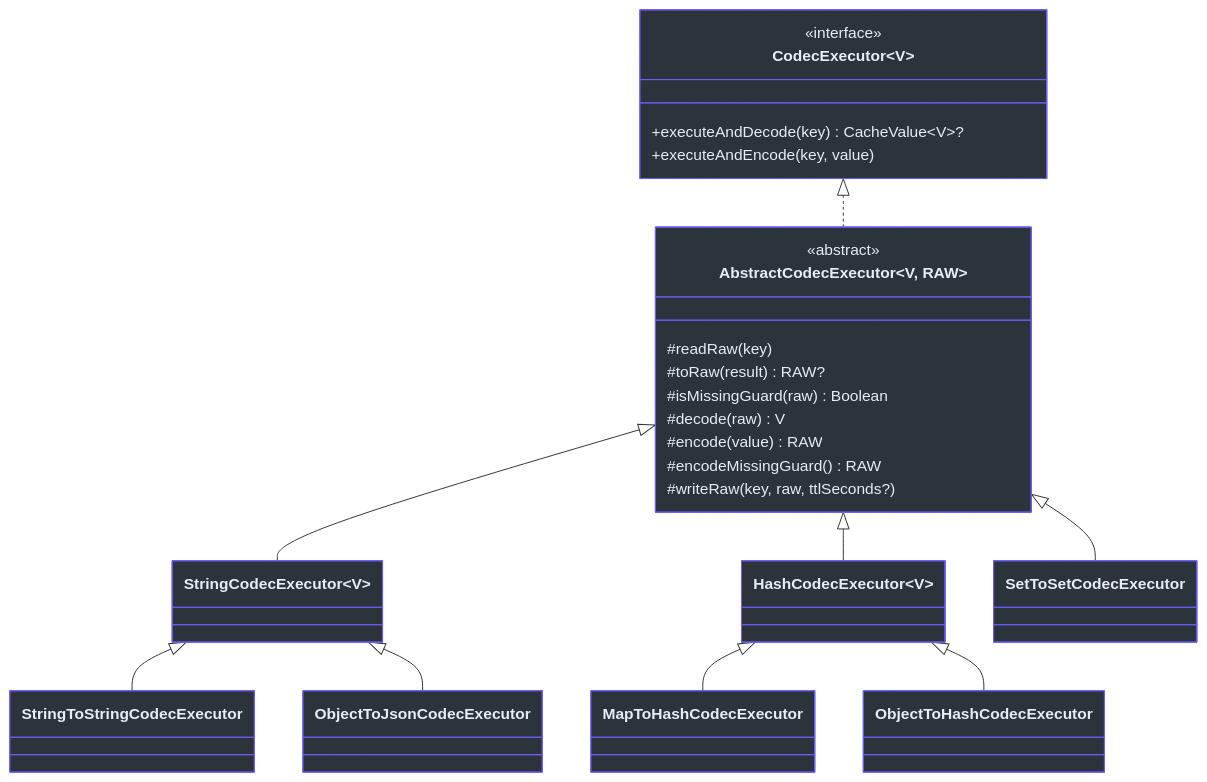
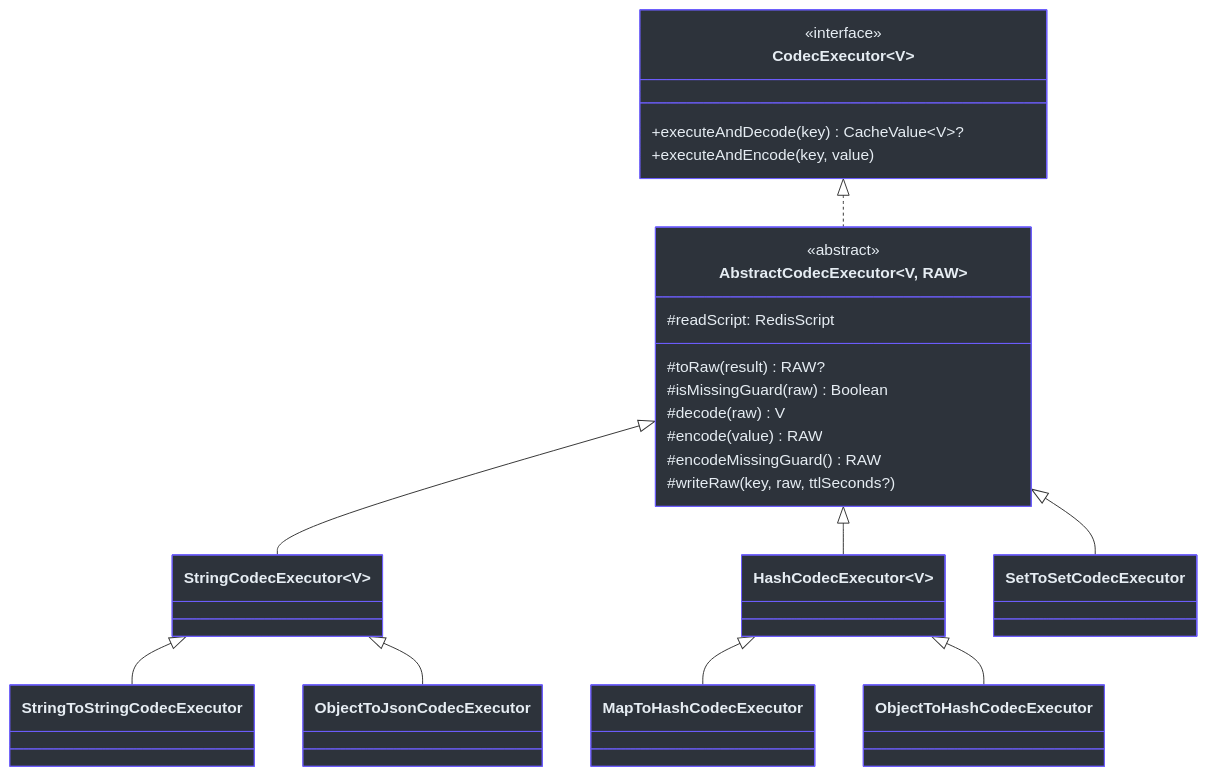
Before and after one commit to Ahoo-Wang/CoCache: the third of 3 diagrams in wiki/modules/cocache-spring-redis.md, drawn with Mermaid. The commit also changed other lines of this file and 45 other files, not shown here.

````diff
--- a/wiki/modules/cocache-spring-redis.md
+++ b/wiki/modules/cocache-spring-redis.md
@@ -93,38 +93,38 @@
 ```mermaid
 classDiagram
     class CodecExecutor~V~ {
         <<interface>>
         +executeAndDecode(key) CacheValue~V~?
         +executeAndEncode(key, value)
     }
     class AbstractCodecExecutor~V, RAW~ {
         <<abstract>>
-        #readRaw(key)
+        #readScript: RedisScript
         #toRaw(result) RAW?
         #isMissingGuard(raw) Boolean
         #decode(raw) V
         #encode(value) RAW
         #encodeMissingGuard() RAW
         #writeRaw(key, raw, ttlSeconds?)
     }
     class StringCodecExecutor~V~
     class HashCodecExecutor~V~
     CodecExecutor <|.. AbstractCodecExecutor
     AbstractCodecExecutor <|-- StringCodecExecutor
     AbstractCodecExecutor <|-- HashCodecExecutor
     AbstractCodecExecutor <|-- SetToSetCodecExecutor
     StringCodecExecutor <|-- StringToStringCodecExecutor
     StringCodecExecutor <|-- ObjectToJsonCodecExecutor
     HashCodecExecutor <|-- MapToHashCodecExecutor
     HashCodecExecutor <|-- ObjectToHashCodecExecutor
 
     style CodecExecutor fill:#2d333b,stroke:#6d5dfc,color:#e6edf3
     style AbstractCodecExecutor fill:#2d333b,stroke:#6d5dfc,color:#e6edf3
     style StringCodecExecutor fill:#2d333b,stroke:#6d5dfc,color:#e6edf3
     style HashCodecExecutor fill:#2d333b,stroke:#6d5dfc,color:#e6edf3
     style SetToSetCodecExecutor fill:#2d333b,stroke:#6d5dfc,color:#e6edf3
     style StringToStringCodecExecutor fill:#2d333b,stroke:#6d5dfc,color:#e6edf3
     style ObjectToJsonCodecExecutor fill:#2d333b,stroke:#6d5dfc,color:#e6edf3
     style MapToHashCodecExecutor fill:#2d333b,stroke:#6d5dfc,color:#e6edf3
     style ObjectToHashCodecExecutor fill:#2d333b,stroke:#6d5dfc,color:#e6edf3
 ```
````
